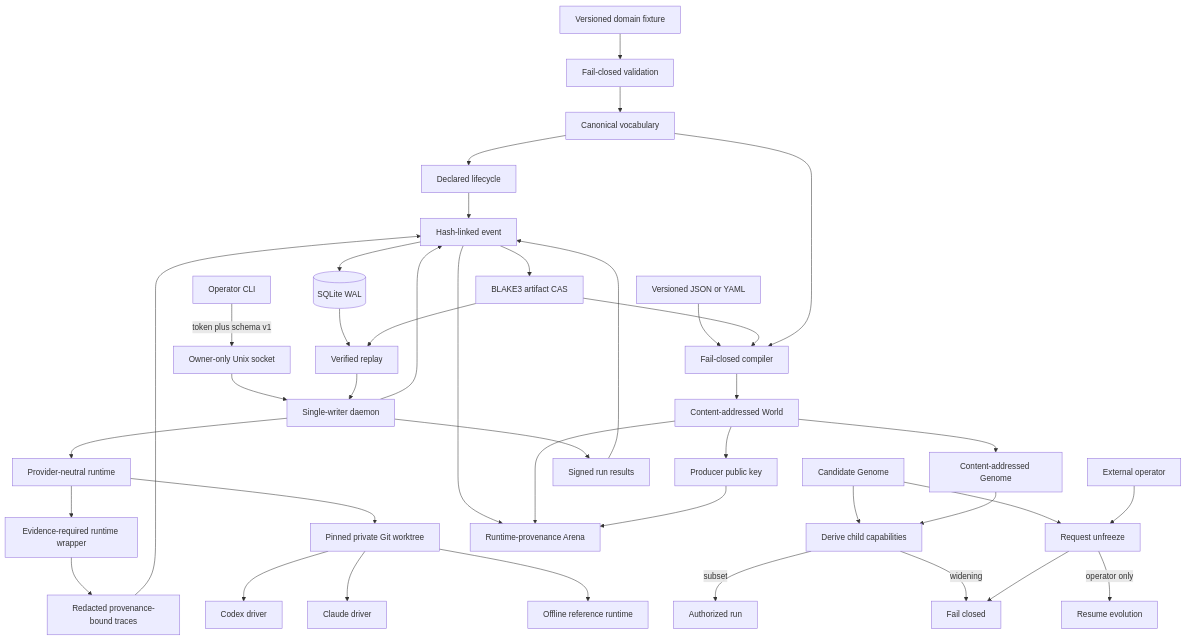
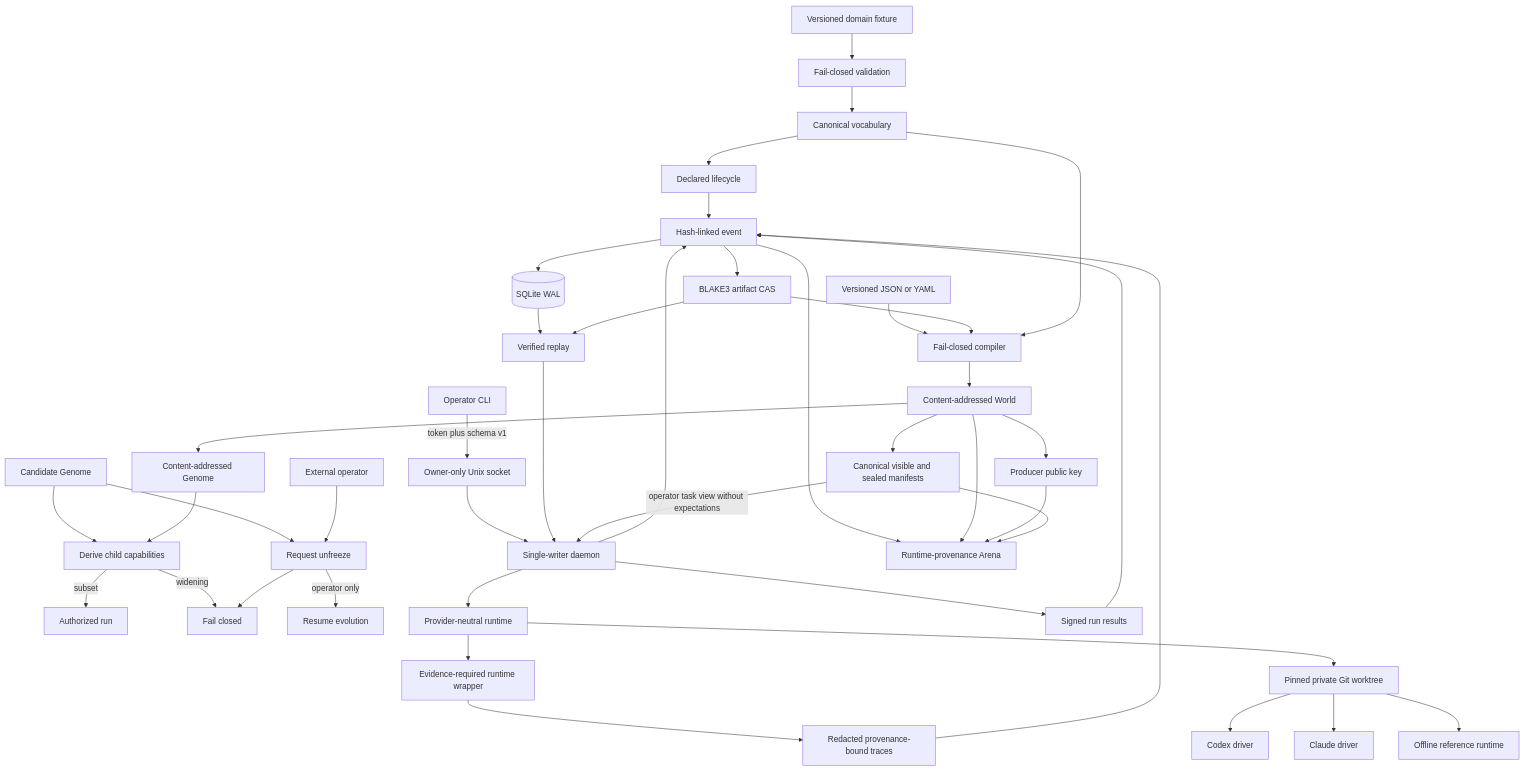
One commit to randyren278/Hephaestus changed the diagram in docs/ARCHITECTURE.md. Above: the diagram before and after it, drawn with Mermaid. The commit also changed other lines of this file and 9 other files, not shown here.

Commit message:
Rehydrate World-bound Arena manifests

````diff
--- a/docs/ARCHITECTURE.md
+++ b/docs/ARCHITECTURE.md
@@ -5,42 +5,45 @@
 ```mermaid
 flowchart TD
     Candidate[Candidate Genome] --> Derive[Derive child capabilities]
     Derive -->|subset| Run[Authorized run]
     Derive -->|widening| Deny[Fail closed]
     Candidate --> Unfreeze[Request unfreeze]
     Unfreeze --> Deny
     Operator[External operator] --> Unfreeze
     Unfreeze -->|operator only| Resume[Resume evolution]
     Fixture[Versioned domain fixture] --> Validate[Fail-closed validation]
     Validate --> Vocabulary[Canonical vocabulary]
     Vocabulary --> Lifecycle[Declared lifecycle]
     Lifecycle --> Event[Hash-linked event]
     Event --> SQLite[(SQLite WAL)]
     Event --> CAS[BLAKE3 artifact CAS]
     SQLite --> Replay[Verified replay]
     CAS --> Replay
     Source[Versioned JSON or YAML] --> Compile[Fail-closed compiler]
     CAS --> Compile
     Vocabulary --> Compile
     Compile --> World[Content-addressed World]
     World --> Genome[Content-addressed Genome]
     Genome --> Derive
     CLI[Operator CLI] -->|token plus schema v1| Socket[Owner-only Unix socket]
     Socket --> Daemon[Single-writer daemon]
     Daemon --> Event
     Replay --> Daemon
     Daemon --> Runtime[Provider-neutral runtime]
     Runtime --> Recorded[Evidence-required runtime wrapper]
     Recorded --> Experience[Redacted provenance-bound traces]
     Experience --> Event
     Event --> Arena[Runtime-provenance Arena]
     World --> Arena
     Daemon --> Signed[Signed run results]
     Signed --> Event
     World --> Verifier[Producer public key]
     Verifier --> Arena
+    World --> Manifests[Canonical visible and sealed manifests]
+    Manifests -->|operator task view without expectations| Daemon
+    Manifests --> Arena
     Runtime --> Sandbox[Pinned private Git worktree]
     Sandbox --> Codex[Codex driver]
     Sandbox --> Claude[Claude driver]
     Sandbox --> Reference[Offline reference runtime]
 ```
````
